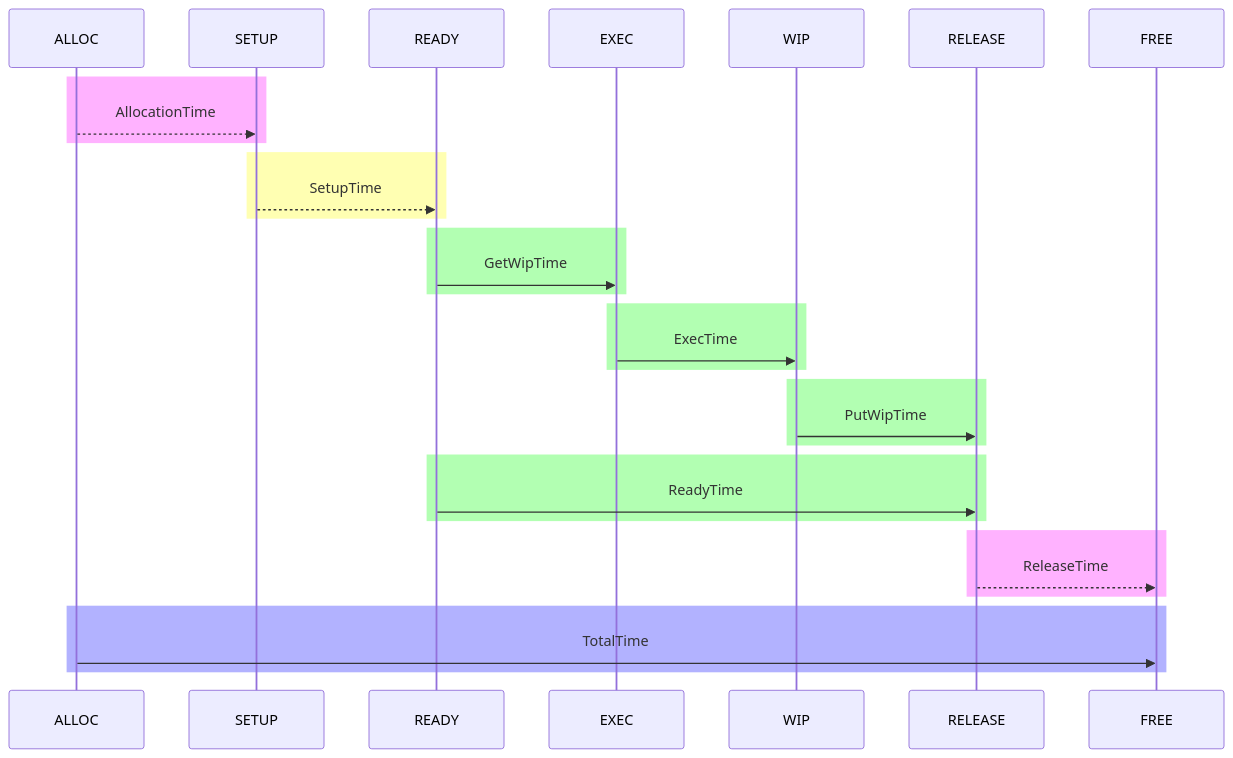
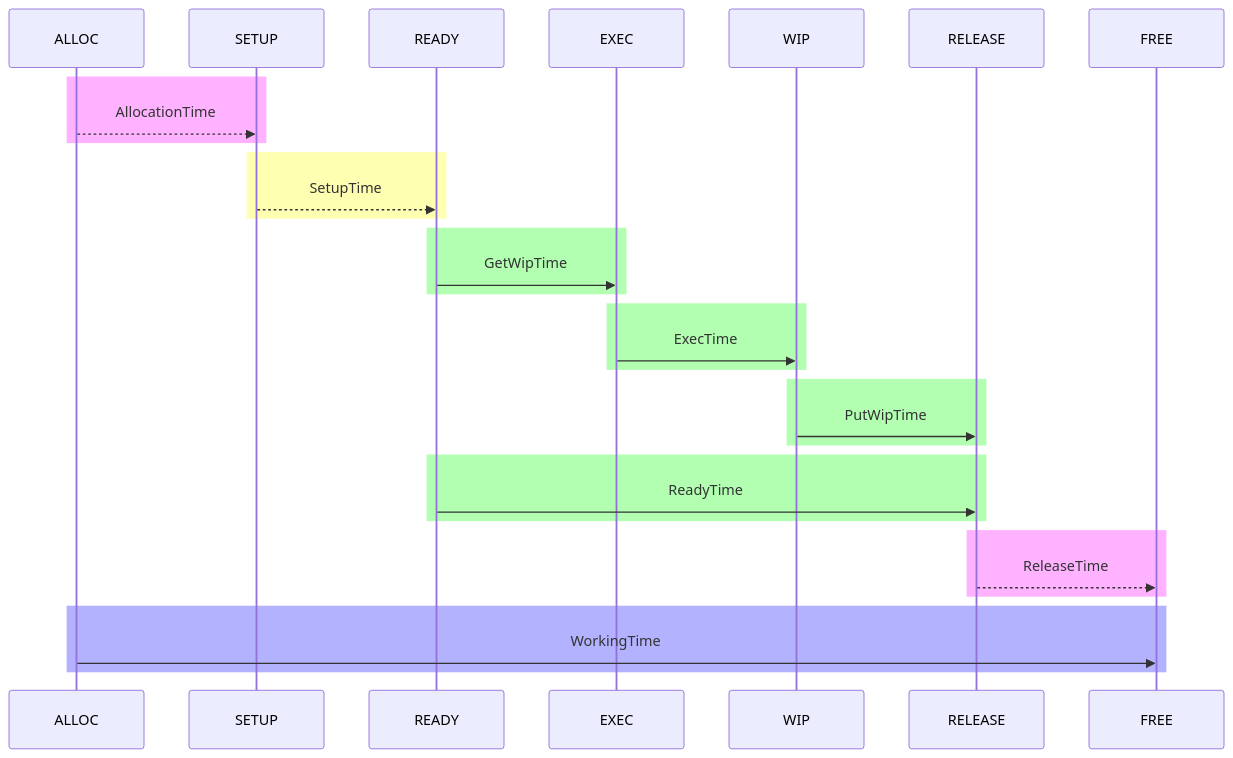
The diagram in content/docs/cyclo/stage.md (bampli/specs), drawn with Mermaid before and after one commit.

Commit message:
fix working time

```diff
--- a/content/docs/cyclo/stage.md
+++ b/content/docs/cyclo/stage.md
@@ -26,28 +26,28 @@
 {{< mermaid >}}
 sequenceDiagram
     rect rgb(255, 0, 255, .3)
         ALLOC-->>SETUP: AllocationTime
     end
     rect rgb(255, 255, 0, .3)
         SETUP-->>READY: SetupTime
     end
 
     rect rgb(0, 255, 0, .3)
         READY->>EXEC: GetWipTime
     end
     rect rgb(0, 255, 0, .3)
         EXEC->>WIP: ExecTime
     end
     rect rgb(0, 255, 0, .3)
         WIP->>RELEASE: PutWipTime
     end
     rect rgb(0, 255, 0, .3)
         READY->>RELEASE: ReadyTime
     end
     rect rgb(255, 0, 255, .3)
         RELEASE-->>FREE: ReleaseTime
     end
     rect rgb(0, 0, 255, .3)
-        ALLOC->>FREE: TotalTime
+        ALLOC->>FREE: WorkingTime
     end
 {{< /mermaid >}}
```
